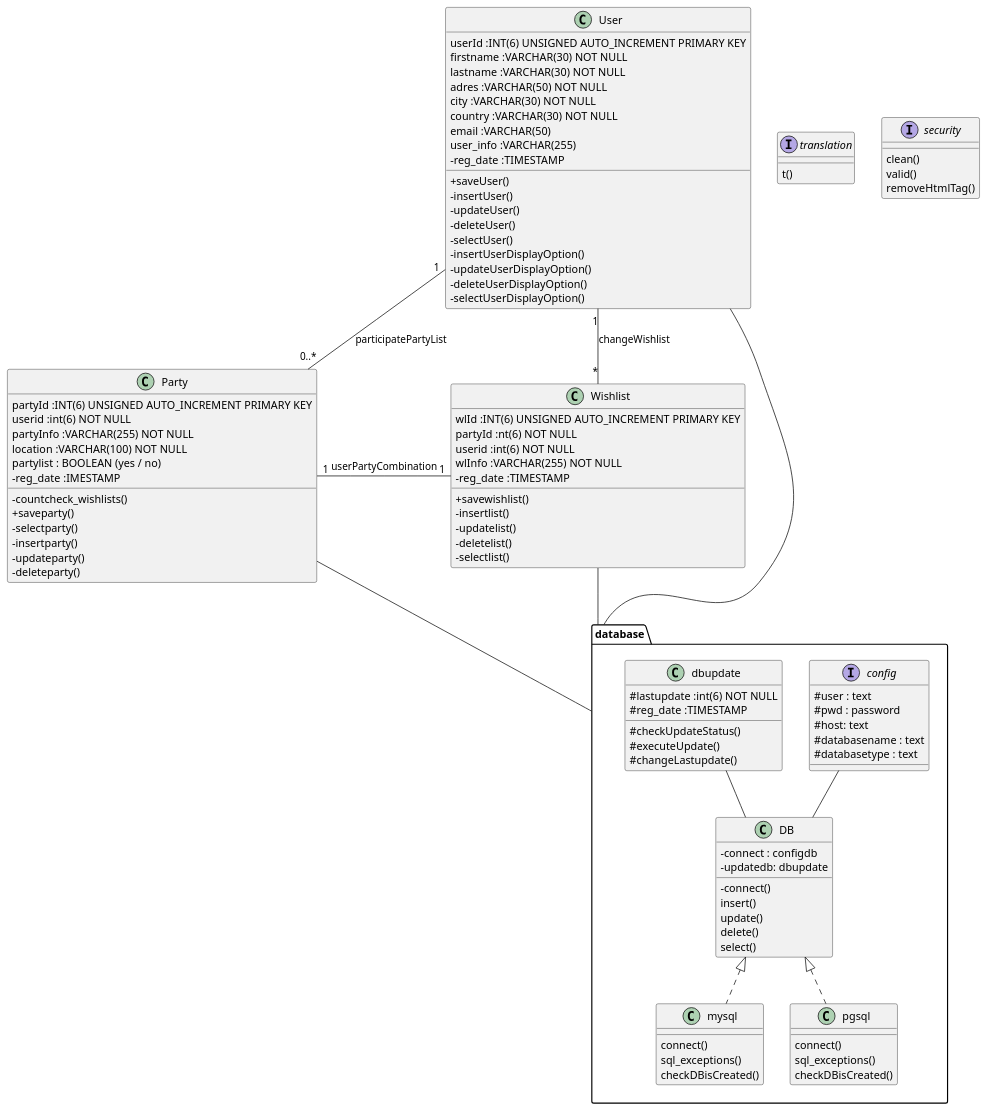
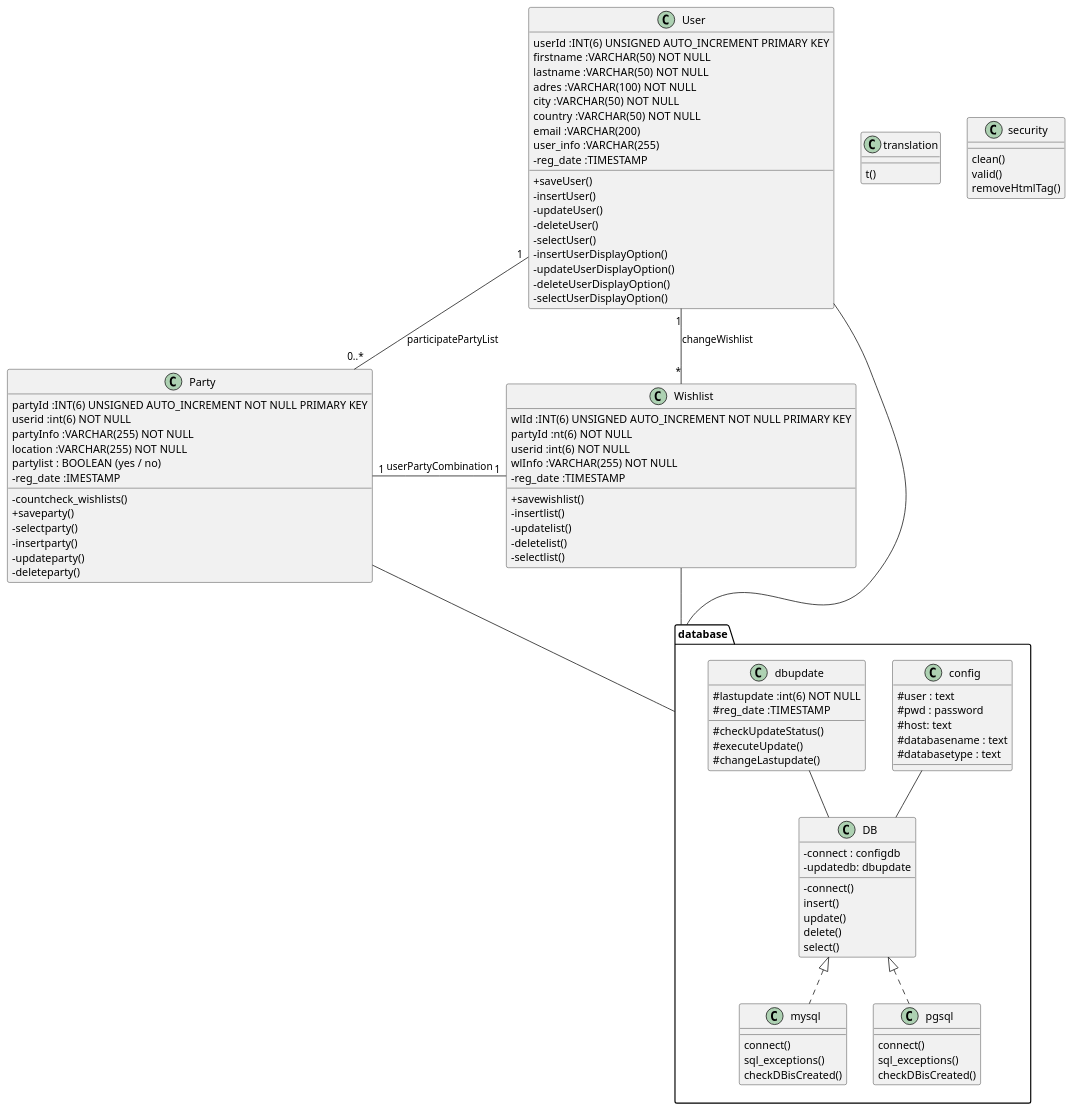
One commit to gwratsch/party changed the diagram in uml/wishlist-classDiagram.puml. Above: the diagram before and after it, drawn with PlantUML. The commit also changed 37 other files, not shown here.

```diff
--- a/uml/wishlist-classDiagram.puml
+++ b/uml/wishlist-classDiagram.puml
@@ -1,109 +1,109 @@
 @startuml
 skinparam classAttributeIconSize 0
 
 package "database" {
     class DB{
         - connect : configdb
         - updatedb: dbupdate
         - connect()
         insert()
         update()
         delete()
         select()
     }
-    interface config{
+    class config{
         # user : text
         # pwd : password
         # host: text
         # databasename : text
         # databasetype : text
     }
     class dbupdate {
         {field} # lastupdate :int(6) NOT NULL
         {field} # reg_date :TIMESTAMP
         # checkUpdateStatus()
         # executeUpdate()
         # changeLastupdate()
     }
     class mysql {
         connect()
         sql_exceptions()
         checkDBisCreated()
     }
     class pgsql {
         connect()
         sql_exceptions()
         checkDBisCreated()
     }
     config -- DB
     dbupdate -- DB
     DB <|.. mysql
     DB <|.. pgsql
 
 }
 class User{
     {field} userId :INT(6) UNSIGNED AUTO_INCREMENT PRIMARY KEY 
-    {field} firstname :VARCHAR(30) NOT NULL
-    {field} lastname :VARCHAR(30) NOT NULL
-    {field} adres :VARCHAR(50) NOT NULL
-    {field} city :VARCHAR(30) NOT NULL
-    {field} country :VARCHAR(30) NOT NULL
-    {field} email :VARCHAR(50)
+    {field} firstname :VARCHAR(50) NOT NULL
+    {field} lastname :VARCHAR(50) NOT NULL
+    {field} adres :VARCHAR(100) NOT NULL
+    {field} city :VARCHAR(50) NOT NULL
+    {field} country :VARCHAR(50) NOT NULL
+    {field} email :VARCHAR(200)
     {field} user_info :VARCHAR(255)
     {field} - reg_date :TIMESTAMP
     + saveUser()
     - insertUser()
     - updateUser()
     - deleteUser()
     - selectUser()
     - insertUserDisplayOption()
     - updateUserDisplayOption()
     - deleteUserDisplayOption()
     - selectUserDisplayOption()
 }
 
 class Party{
-    {field} partyId :INT(6) UNSIGNED AUTO_INCREMENT PRIMARY KEY 
+    {field} partyId :INT(6) UNSIGNED AUTO_INCREMENT NOT NULL PRIMARY KEY 
     {field} userid :int(6) NOT NULL
     {field} partyInfo :VARCHAR(255) NOT NULL
-    {field} location :VARCHAR(100) NOT NULL
+    {field} location :VARCHAR(255) NOT NULL
     {field} partylist : BOOLEAN (yes / no)
     {field} - reg_date :IMESTAMP
     {method} - countcheck_wishlists()
     +saveparty()
     -selectparty()
     -insertparty()
     -updateparty()
     -deleteparty()
 }
 class Wishlist{
-    {field} wlId :INT(6) UNSIGNED AUTO_INCREMENT PRIMARY KEY
+    {field} wlId :INT(6) UNSIGNED AUTO_INCREMENT NOT NULL PRIMARY KEY
     {field} partyId :nt(6) NOT NULL
     {field} userid :int(6) NOT NULL
     {field} wlInfo :VARCHAR(255) NOT NULL
     {field} - reg_date :TIMESTAMP
     +savewishlist()
     -insertlist()
     -updatelist()
     -deletelist()
     -selectlist()
 }
 
-interface translation{
+class translation{
     t()
 }
     
-interface security{
+class security{
     clean()
     valid()
     removeHtmlTag()
 }
 
 User -- database
 Wishlist -- database
 Party -- database
 User "1" -- "0..*" Party : participatePartyList
 Party "1" -right- "1" Wishlist : userPartyCombination
 User "1" -- "*" Wishlist : changeWishlist
 
 @enduml
```
